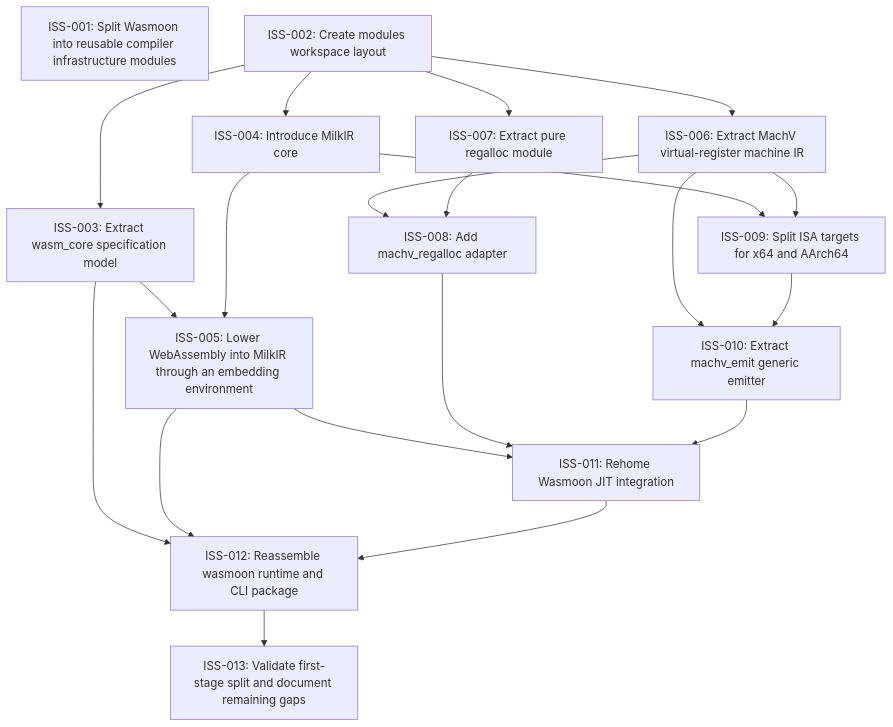
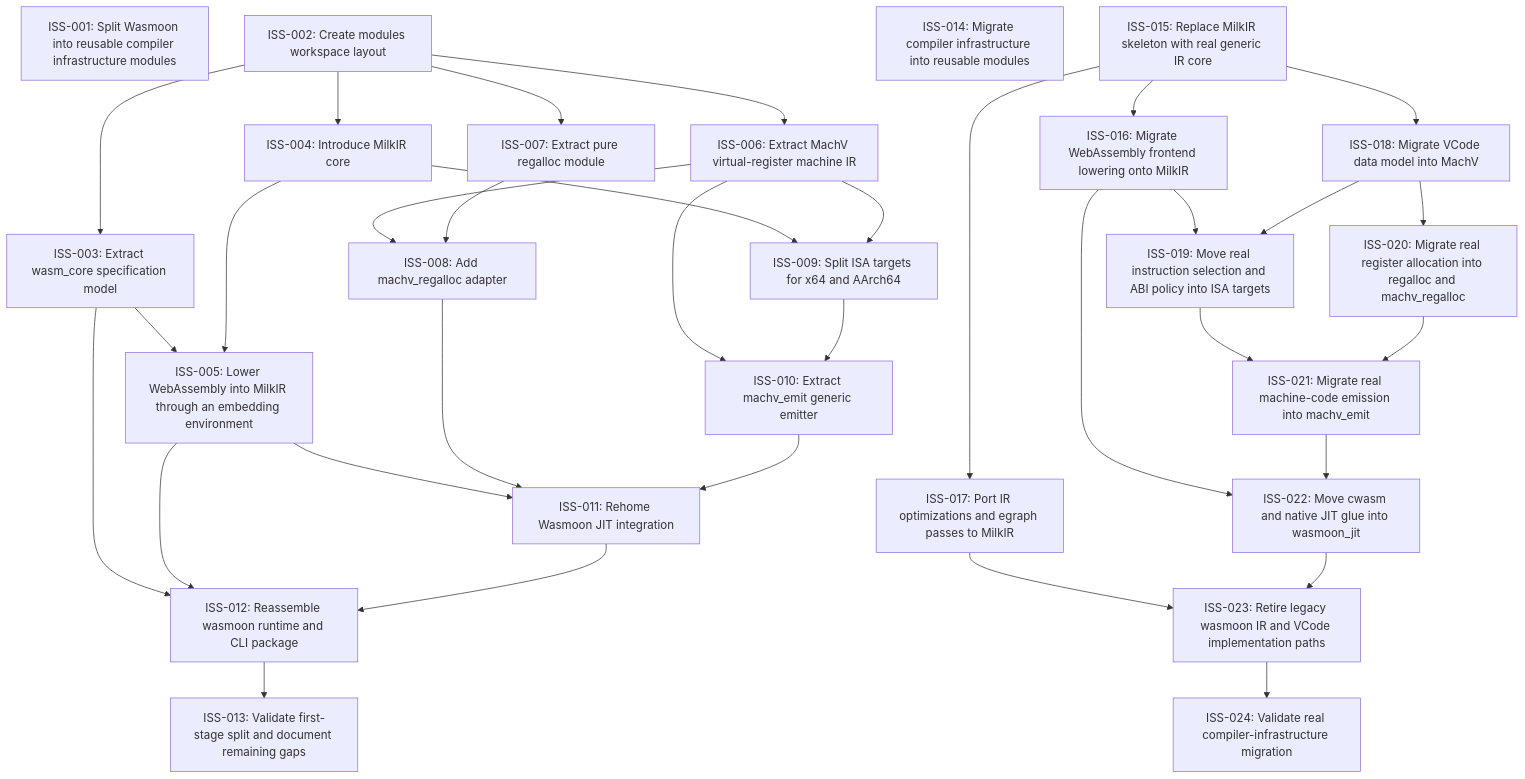
The diagram in issues/README.md (Milky2018/wasmoon), drawn with Mermaid before and after one commit. The commit also changed other lines of this file and 11 other files, not shown here.

Commit message:
Open real compiler infrastructure migration issues

````diff
--- a/issues/README.md
+++ b/issues/README.md
@@ -15,35 +30,59 @@
 ```mermaid
 graph TD
   ISS_001["ISS-001: Split Wasmoon into reusable compiler infrastructure modules"]
   ISS_002["ISS-002: Create modules workspace layout"]
   ISS_003["ISS-003: Extract wasm_core specification model"]
   ISS_004["ISS-004: Introduce MilkIR core"]
   ISS_005["ISS-005: Lower WebAssembly into MilkIR through an embedding environment"]
   ISS_006["ISS-006: Extract MachV virtual-register machine IR"]
   ISS_007["ISS-007: Extract pure regalloc module"]
   ISS_008["ISS-008: Add machv_regalloc adapter"]
   ISS_009["ISS-009: Split ISA targets for x64 and AArch64"]
   ISS_010["ISS-010: Extract machv_emit generic emitter"]
   ISS_011["ISS-011: Rehome Wasmoon JIT integration"]
   ISS_012["ISS-012: Reassemble wasmoon runtime and CLI package"]
   ISS_013["ISS-013: Validate first-stage split and document remaining gaps"]
+  ISS_014["ISS-014: Migrate compiler infrastructure into reusable modules"]
+  ISS_015["ISS-015: Replace MilkIR skeleton with real generic IR core"]
+  ISS_016["ISS-016: Migrate WebAssembly frontend lowering onto MilkIR"]
+  ISS_017["ISS-017: Port IR optimizations and egraph passes to MilkIR"]
+  ISS_018["ISS-018: Migrate VCode data model into MachV"]
+  ISS_019["ISS-019: Move real instruction selection and ABI policy into ISA targets"]
+  ISS_020["ISS-020: Migrate real register allocation into regalloc and machv_regalloc"]
+  ISS_021["ISS-021: Migrate real machine-code emission into machv_emit"]
+  ISS_022["ISS-022: Move cwasm and native JIT glue into wasmoon_jit"]
+  ISS_023["ISS-023: Retire legacy wasmoon IR and VCode implementation paths"]
+  ISS_024["ISS-024: Validate real compiler-infrastructure migration"]
   ISS_002 --> ISS_003
   ISS_002 --> ISS_004
   ISS_003 --> ISS_005
   ISS_004 --> ISS_005
   ISS_002 --> ISS_006
   ISS_002 --> ISS_007
   ISS_006 --> ISS_008
   ISS_007 --> ISS_008
   ISS_004 --> ISS_009
   ISS_006 --> ISS_009
   ISS_006 --> ISS_010
   ISS_009 --> ISS_010
   ISS_005 --> ISS_011
   ISS_008 --> ISS_011
   ISS_010 --> ISS_011
   ISS_003 --> ISS_012
   ISS_005 --> ISS_012
   ISS_011 --> ISS_012
   ISS_012 --> ISS_013
+  ISS_015 --> ISS_016
+  ISS_015 --> ISS_017
+  ISS_015 --> ISS_018
+  ISS_016 --> ISS_019
+  ISS_018 --> ISS_019
+  ISS_018 --> ISS_020
+  ISS_019 --> ISS_021
+  ISS_020 --> ISS_021
+  ISS_016 --> ISS_022
+  ISS_021 --> ISS_022
+  ISS_017 --> ISS_023
+  ISS_022 --> ISS_023
+  ISS_023 --> ISS_024
 ```
````
